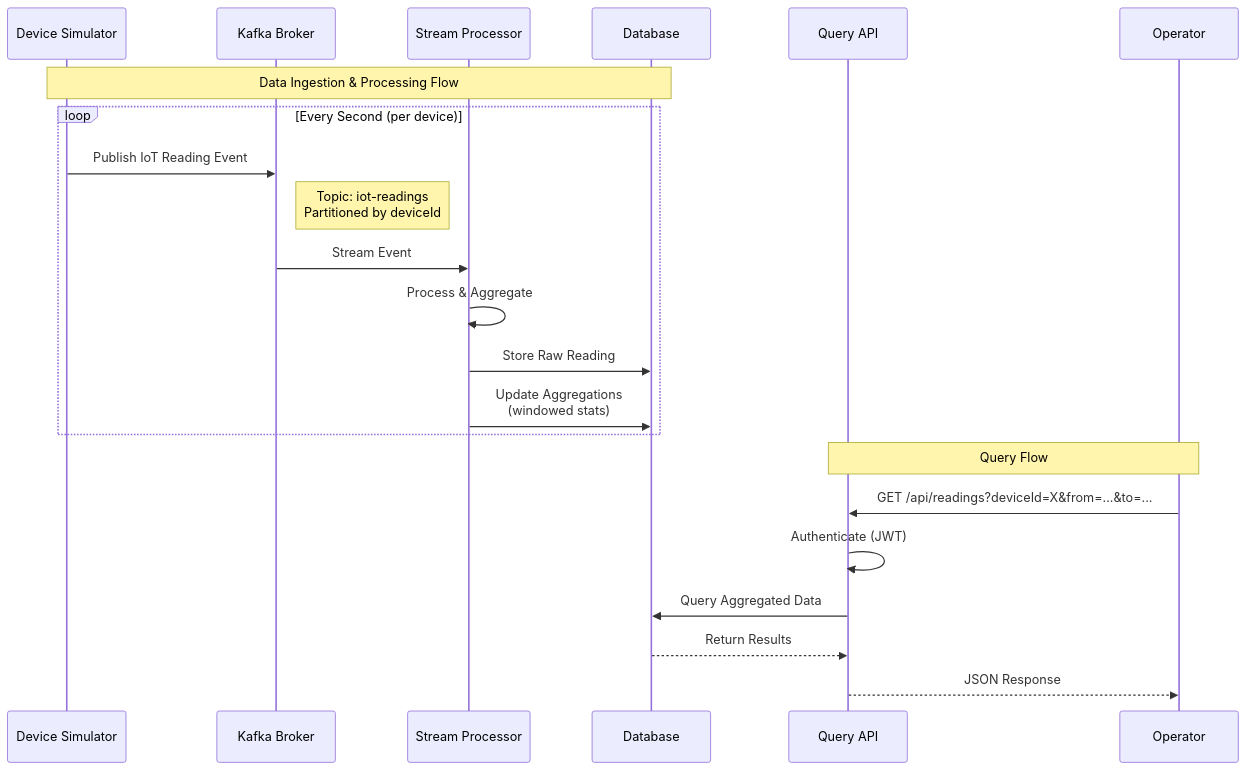
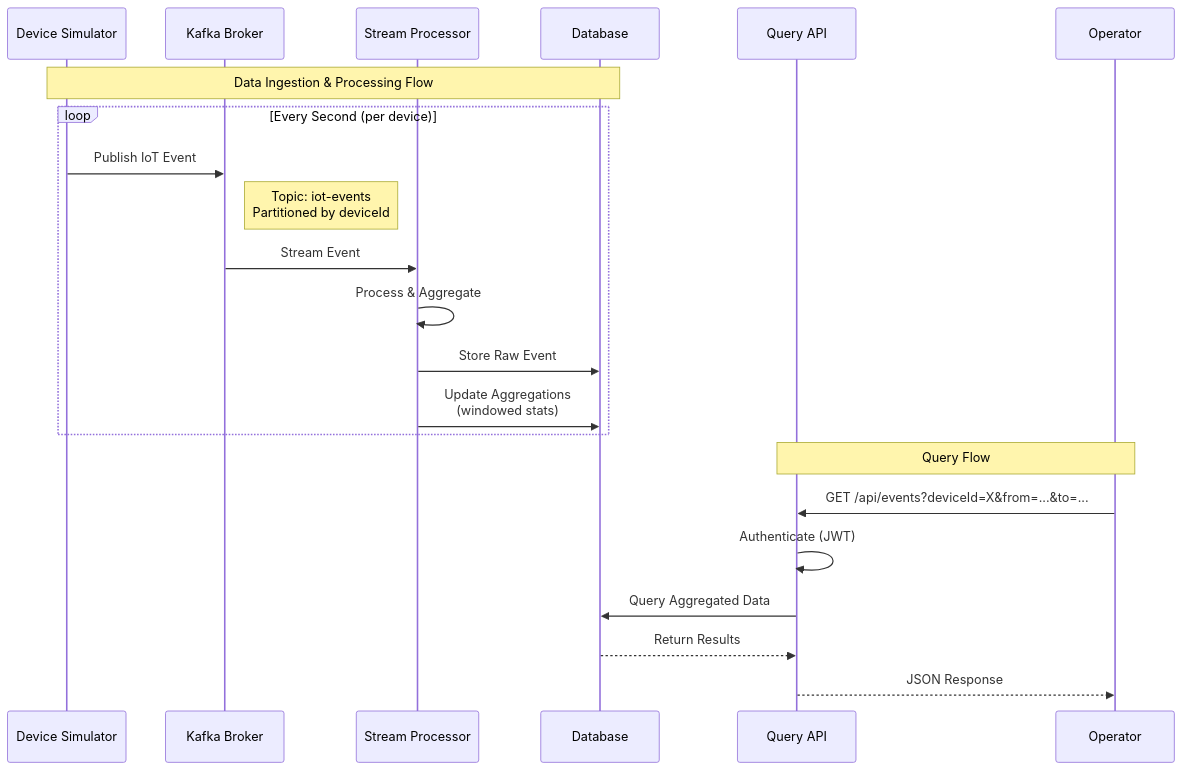
Before and after one commit to AmirHooshangi/relay-backend: the second of 2 diagrams in ARCHITECTURE.md, drawn with Mermaid. The commit also changed 23 other files, not shown here.

````diff
--- a/ARCHITECTURE.md
+++ b/ARCHITECTURE.md
@@ -82,28 +82,28 @@
 ```mermaid
 sequenceDiagram
     participant DS as Device Simulator
     participant KB as Kafka Broker
     participant SP as Stream Processor
     participant DB as Database
     participant API as Query API
     participant User as Operator
     
     Note over DS,DB: Data Ingestion & Processing Flow
     
     loop Every Second (per device)
-        DS->>KB: Publish IoT Reading Event
-        Note right of KB: Topic: iot-readings<br/>Partitioned by deviceId
+        DS->>KB: Publish IoT Event
+        Note right of KB: Topic: iot-events<br/>Partitioned by deviceId
         KB->>SP: Stream Event
         SP->>SP: Process & Aggregate
-        SP->>DB: Store Raw Reading
+        SP->>DB: Store Raw Event
         SP->>DB: Update Aggregations<br/>(windowed stats)
     end
     
     Note over API,User: Query Flow
     
-    User->>API: GET /api/readings?deviceId=X&from=...&to=...
+    User->>API: GET /api/events?deviceId=X&from=...&to=...
     API->>API: Authenticate (JWT)
     API->>DB: Query Aggregated Data
     DB-->>API: Return Results
     API-->>User: JSON Response
 ```
````
